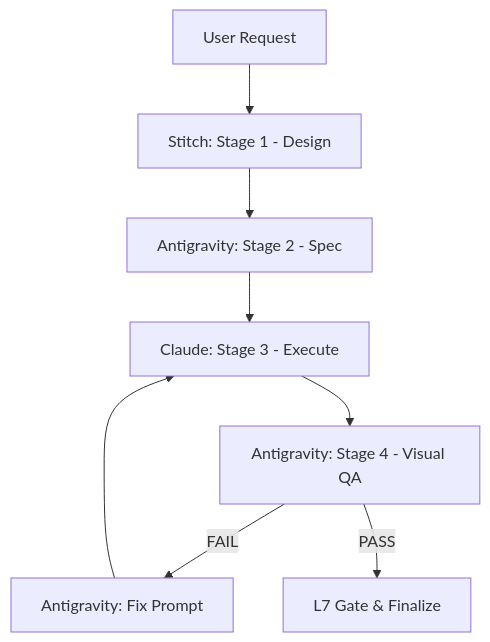
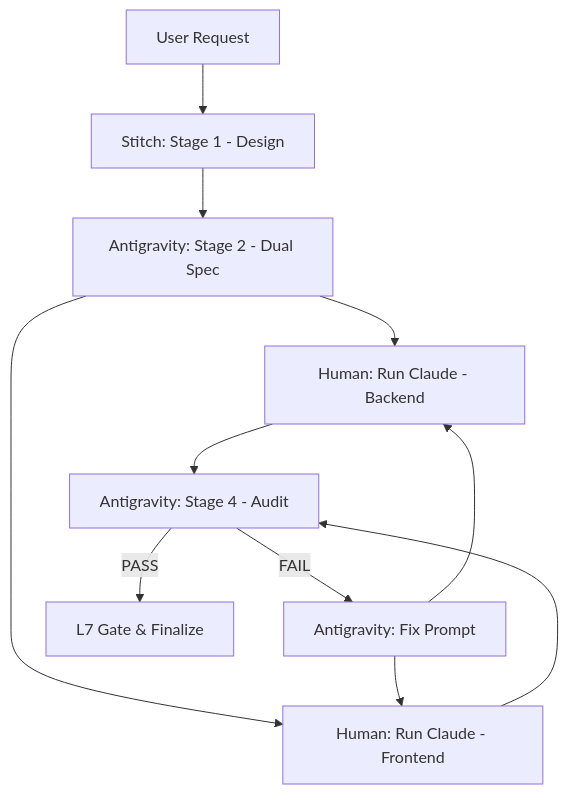
One commit to futurebuildai/futurebuild-os changed the diagram in .agent/workflows/prism.md. Above: the diagram before and after it, drawn with Mermaid. The commit also changed other lines of this file and 15 other files, not shown here.

````diff
--- a/.agent/workflows/prism.md
+++ b/.agent/workflows/prism.md
@@ -39,10 +44,13 @@
 ```mermaid
 graph TD
     A[User Request] --> B[Stitch: Stage 1 - Design]
-    B --> C[Antigravity: Stage 2 - Spec]
-    C --> D[Claude: Stage 3 - Execute]
-    D --> E[Antigravity: Stage 4 - Visual QA]
+    B --> C[Antigravity: Stage 2 - Dual Spec]
+    C --> D1[Human: Run Claude - Backend]
+    C --> D2[Human: Run Claude - Frontend]
+    D1 --> E[Antigravity: Stage 4 - Audit]
+    D2 --> E
     E -- FAIL --> F[Antigravity: Fix Prompt]
-    F --> D
+    F --> D1
+    F --> D2
     E -- PASS --> G[L7 Gate & Finalize]
 ```
````
